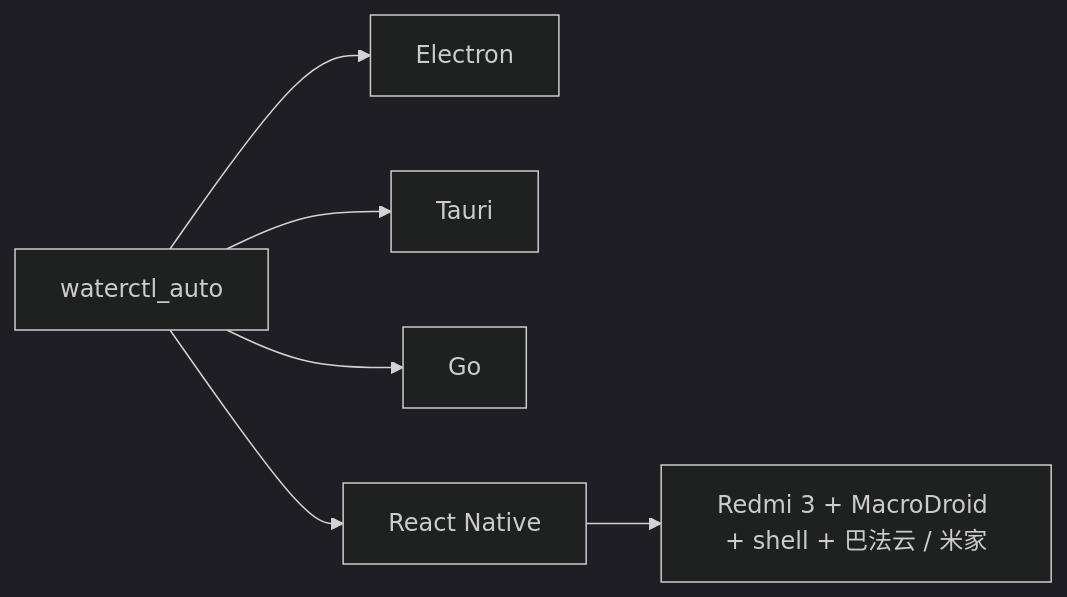
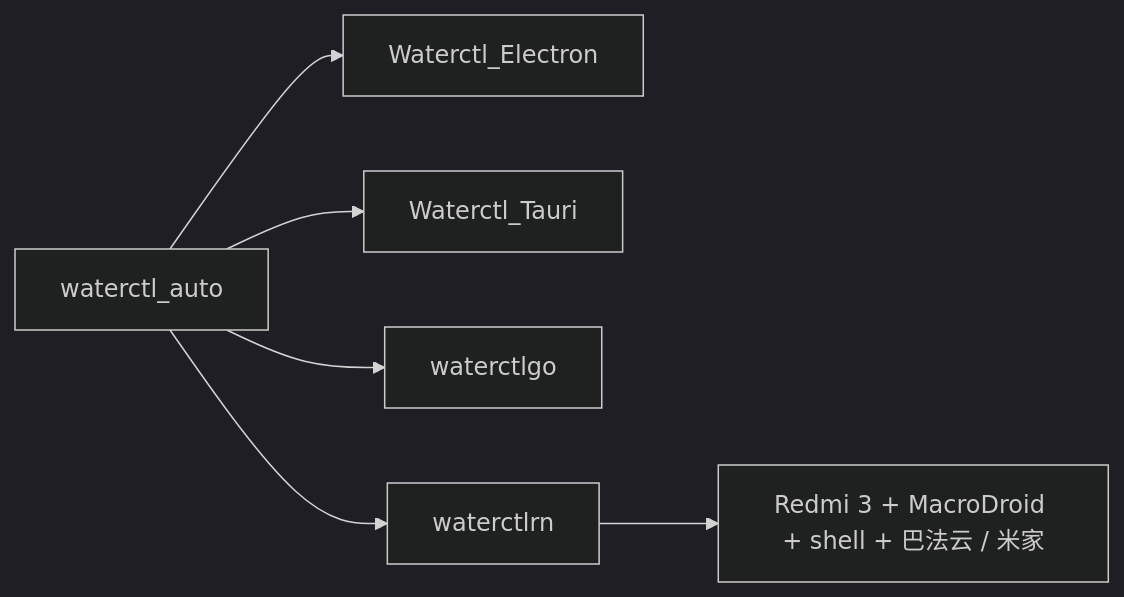
The third of 3 diagrams in README.md (E7G/a-note-of-my-repositories), drawn with Mermaid (dark theme) before and after one commit. The commit also changed other lines of this file, not shown here.

````diff
--- a/README.md
+++ b/README.md
@@ -264,8 +280,8 @@
 ```mermaid
 flowchart LR
-    BASE["waterctl_auto"] --> ELECTRON["Electron"]
-    BASE --> TAURI["Tauri"]
-    BASE --> GO["Go"]
-    BASE --> RN["React Native"]
+    BASE["waterctl_auto"] --> ELECTRON["Waterctl_Electron"]
+    BASE --> TAURI["Waterctl_Tauri"]
+    BASE --> GO["waterctlgo"]
+    BASE --> RN["waterctlrn"]
     RN --> FINAL["Redmi 3 + MacroDroid + shell + 巴法云 / 米家"]
 ```
````
